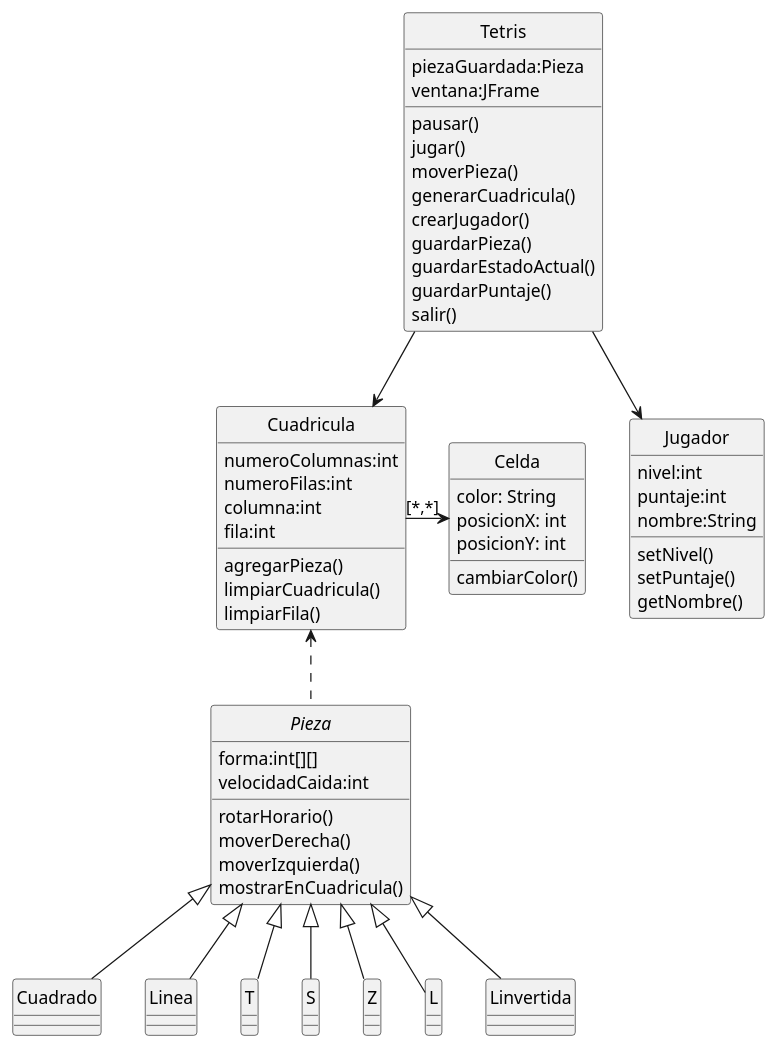
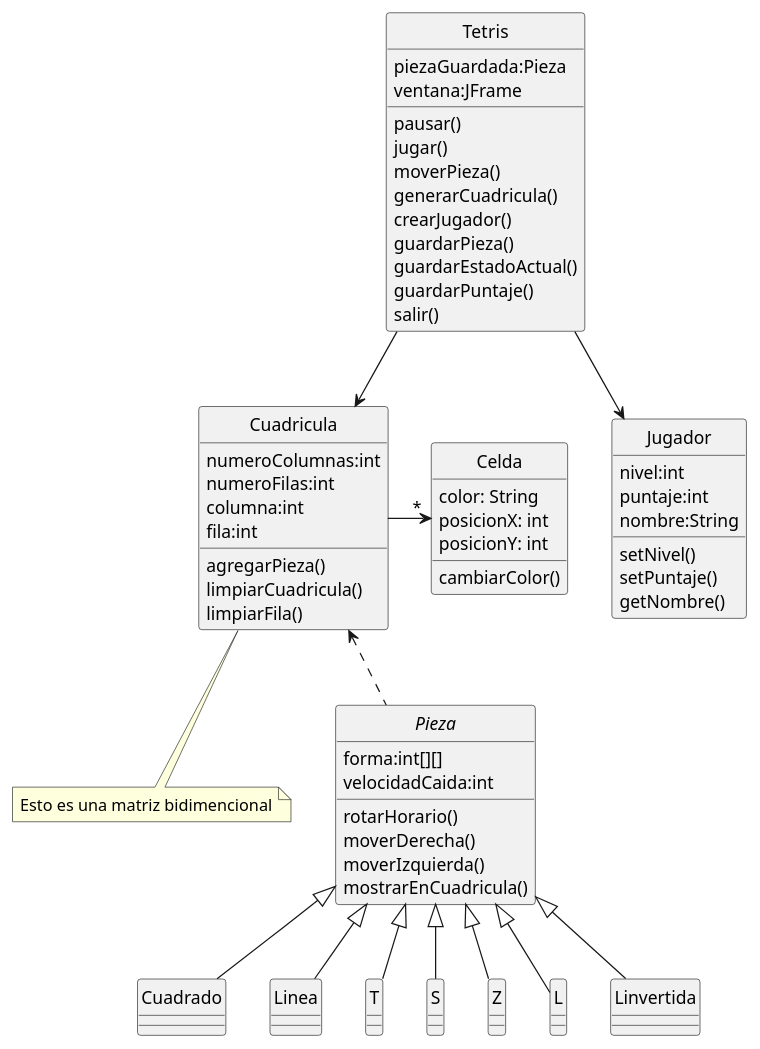
One commit to Intellbg/Tetris changed the diagram in src/com/company/uml.puml. Above: the diagram before and after it, drawn with PlantUML.

Commit message:
uml fixed

```diff
--- a/src/com/company/uml.puml
+++ b/src/com/company/uml.puml
@@ -1,66 +1,71 @@
 @startuml tetris
+
+note "Esto es una matriz bidimencional" as nota1
+
 hide circle
 class Jugador{
     nivel:int
     puntaje:int
     nombre:String
     setNivel()
     setPuntaje()
     getNombre()
 }
 class Tetris{
     piezaGuardada:Pieza
     ventana:JFrame
     pausar()
     jugar()
     moverPieza()
     generarCuadricula()
     crearJugador()
     guardarPieza()
     guardarEstadoActual()
     guardarPuntaje()
     salir()
 }
 class Cuadricula{
     numeroColumnas:int
     numeroFilas:int
     columna:int
     fila:int
     agregarPieza()
     limpiarCuadricula()
     limpiarFila()
 } 
 class Celda{
     color: String
     posicionX: int
     posicionY: int
     cambiarColor()
 }
 abstract class Pieza{
     forma:int[][]
     velocidadCaida:int
     rotarHorario()
     moverDerecha()
     moverIzquierda()
     mostrarEnCuadricula()
 }
 
 class Cuadrado{}
 class Linea{}
 class T{}
 class S{}
 class Z{}
 class L{}
 class Linvertida{}
-Cuadricula->"[*,*]"Celda
+Cuadricula->"*"Celda
 Pieza <|-- Cuadrado
 Pieza <|-- Linea
 Pieza <|-- T
 Pieza <|-- S
 Pieza <|-- Z
 Pieza <|-- L
 Pieza <|-- Linvertida
 Cuadricula <.. Pieza
 Tetris-->Jugador
 Tetris-->Cuadricula
+Cuadricula .. nota1
+
 @enduml
```
